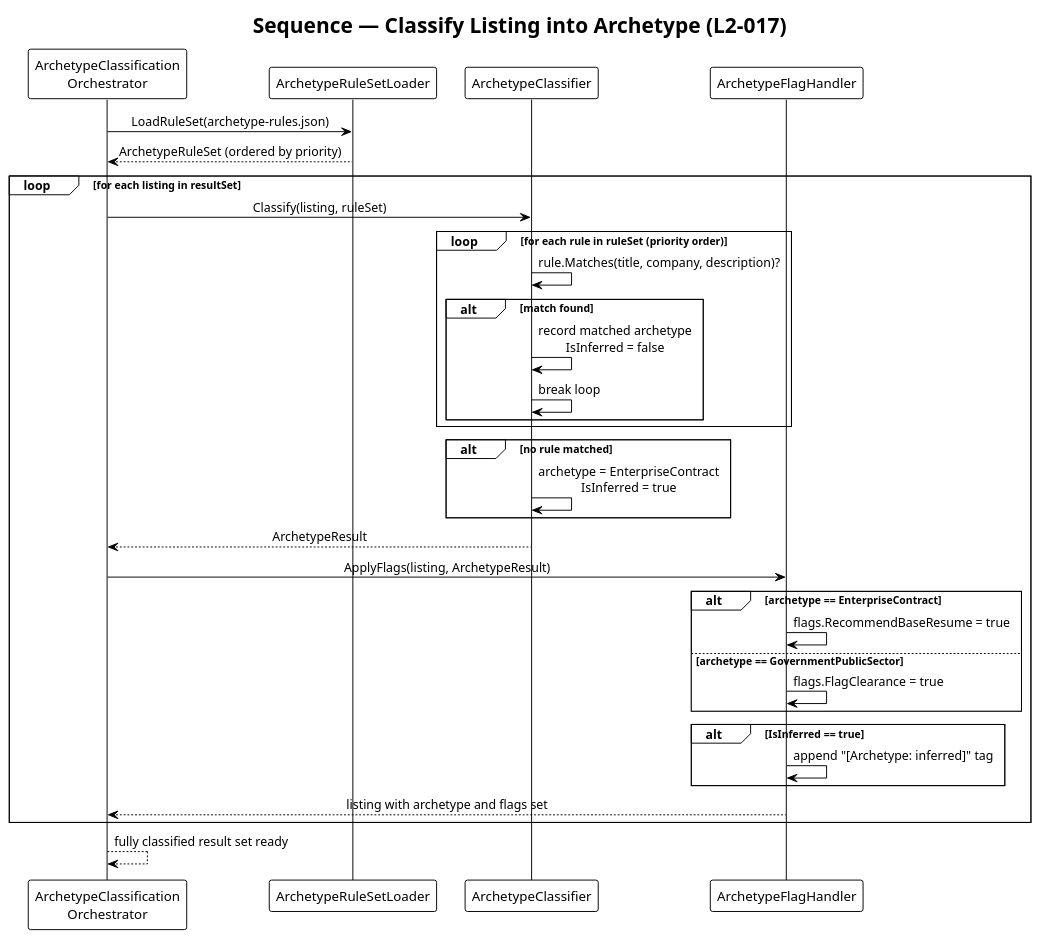
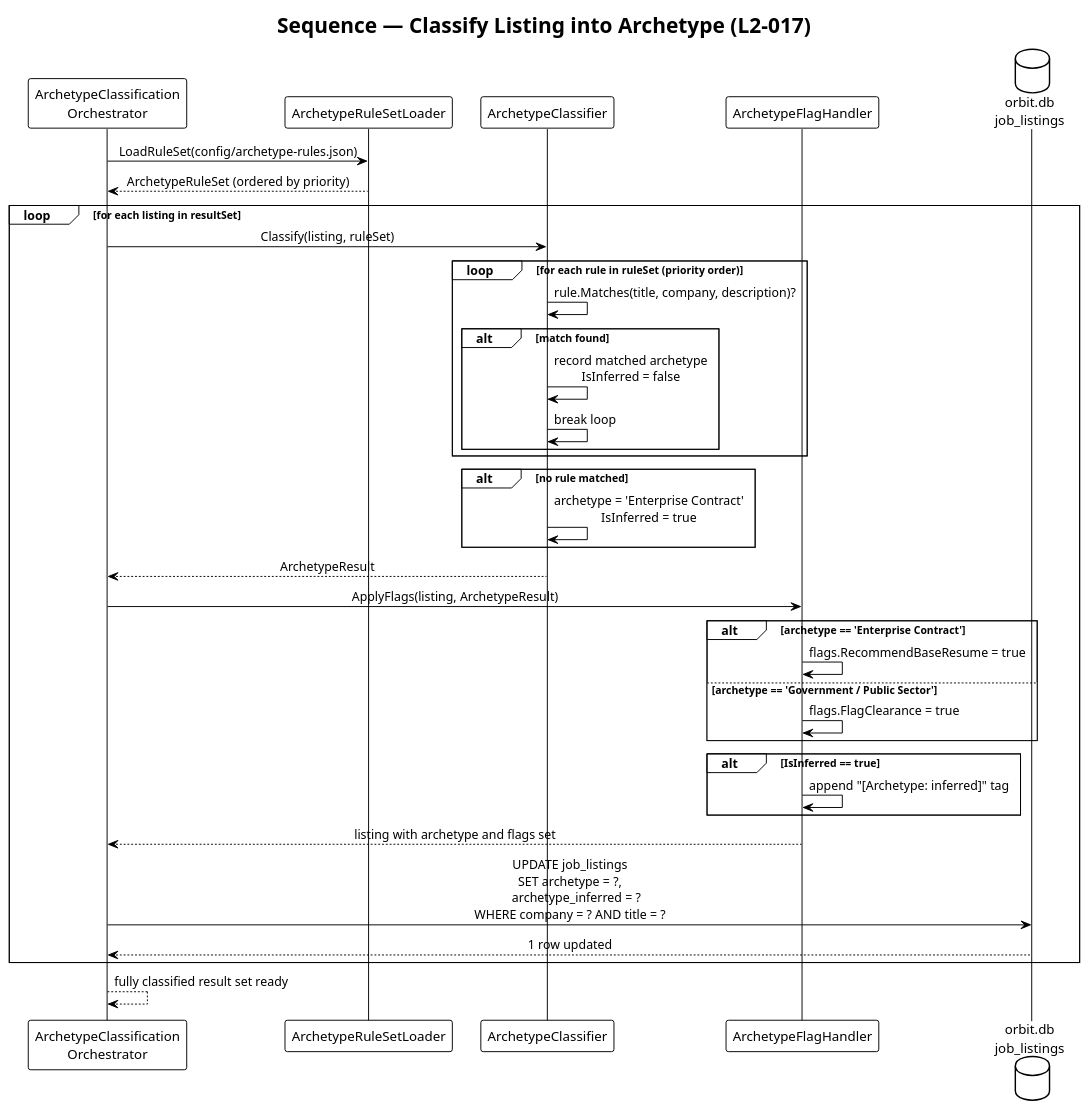
Before and after one commit to QuinntyneBrown/Orbit: the diagram in docs/detailed-designs/08-role-archetype-classification/diagrams/sequence_classify_listing.puml, drawn with PlantUML. The commit also changed 4 other files, not shown here.

Commit message:
Update sequence diagrams for pipeline validation, role classification, outreach, recruiter follow-up, and startup validation

```diff
--- a/docs/detailed-designs/08-role-archetype-classification/diagrams/sequence_classify_listing.puml
+++ b/docs/detailed-designs/08-role-archetype-classification/diagrams/sequence_classify_listing.puml
@@ -1,42 +1,46 @@
 @startuml sequence_classify_listing
 !theme plain
 skinparam sequenceMessageAlign center
 
 title Sequence — Classify Listing into Archetype (L2-017)
 
 participant "ArchetypeClassification\nOrchestrator" as Orch
 participant "ArchetypeRuleSetLoader" as Loader
 participant "ArchetypeClassifier" as Classifier
 participant "ArchetypeFlagHandler" as Flags
+database "orbit.db\njob_listings" as DB
 
-Orch -> Loader : LoadRuleSet(archetype-rules.json)
+Orch -> Loader : LoadRuleSet(config/archetype-rules.json)
 Loader --> Orch : ArchetypeRuleSet (ordered by priority)
 
 loop for each listing in resultSet
     Orch -> Classifier : Classify(listing, ruleSet)
     loop for each rule in ruleSet (priority order)
         Classifier -> Classifier : rule.Matches(title, company, description)?
         alt match found
             Classifier -> Classifier : record matched archetype\nIsInferred = false
             Classifier -> Classifier : break loop
         end
     end
     alt no rule matched
-        Classifier -> Classifier : archetype = EnterpriseContract\nIsInferred = true
+        Classifier -> Classifier : archetype = 'Enterprise Contract'\nIsInferred = true
     end
     Classifier --> Orch : ArchetypeResult
     Orch -> Flags : ApplyFlags(listing, ArchetypeResult)
-    alt archetype == EnterpriseContract
+    alt archetype == 'Enterprise Contract'
         Flags -> Flags : flags.RecommendBaseResume = true
-    else archetype == GovernmentPublicSector
+    else archetype == 'Government / Public Sector'
         Flags -> Flags : flags.FlagClearance = true
     end
     alt IsInferred == true
         Flags -> Flags : append "[Archetype: inferred]" tag
     end
     Flags --> Orch : listing with archetype and flags set
+
+    Orch -> DB : UPDATE job_listings\nSET archetype = ?,\n    archetype_inferred = ?\nWHERE company = ? AND title = ?
+    DB --> Orch : 1 row updated
 end
 
 Orch --> Orch : fully classified result set ready
 
 @enduml
```
